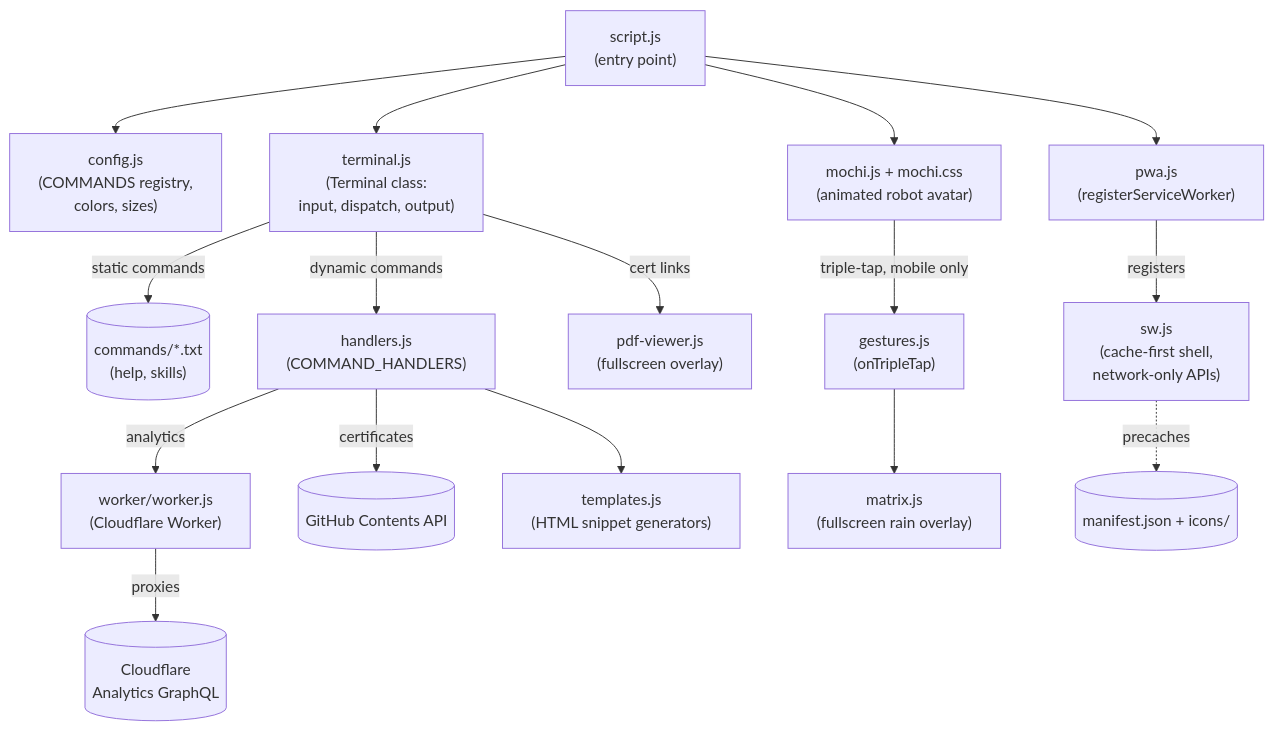
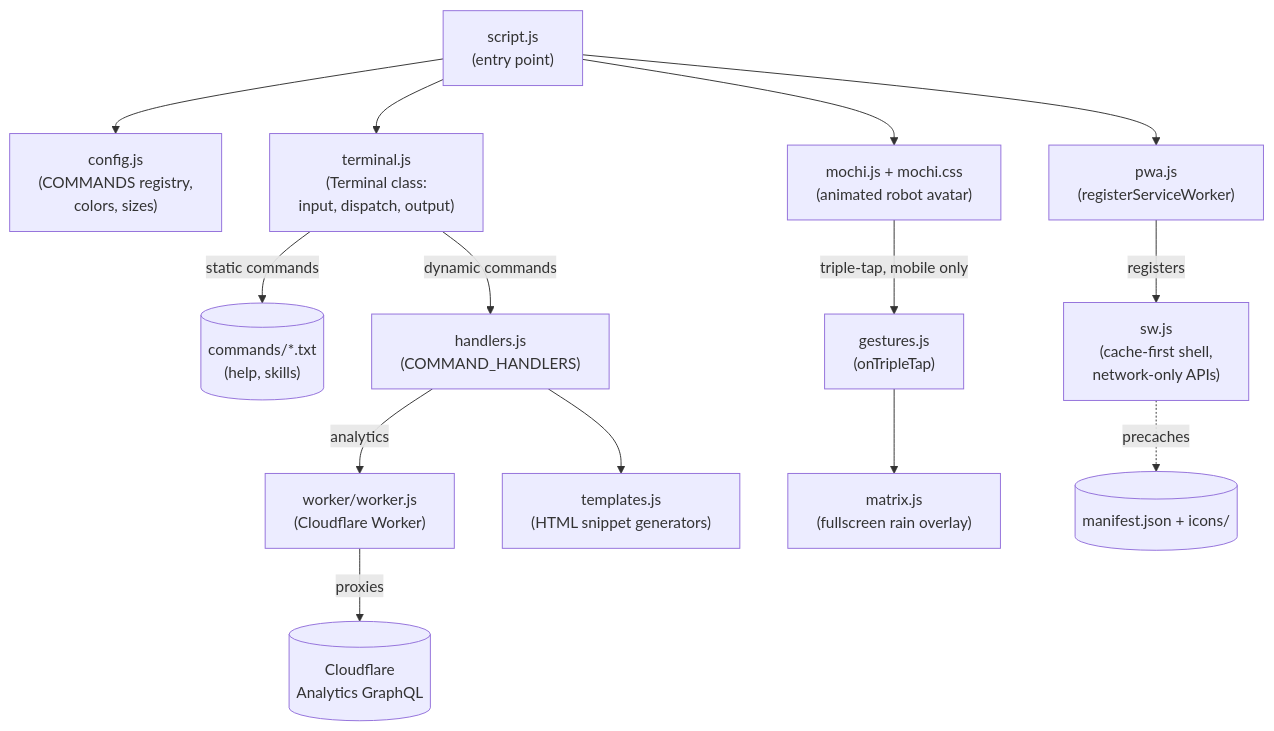
The diagram in README.md (oleksiisedun/oleksiisedun.com), drawn with Mermaid before and after one commit. The commit also changed other lines of this file and 11 other files, not shown here.

First line of the commit message:
Remove certificates command and PDF preview overlay

````diff
--- a/README.md
+++ b/README.md
@@ -24,23 +23,21 @@
 ```mermaid
 graph TD
   Entry["script.js\n(entry point)"] --> Config["config.js\n(COMMANDS registry,\ncolors, sizes)"]
   Entry --> Terminal["terminal.js\n(Terminal class:\ninput, dispatch, output)"]
   Entry --> Mochi["mochi.js + mochi.css\n(animated robot avatar)"]
   Entry --> PWA["pwa.js\n(registerServiceWorker)"]
 
   Terminal -->|static commands| StaticFiles[("commands/*.txt\n(help, skills)")]
   Terminal -->|dynamic commands| Handlers["handlers.js\n(COMMAND_HANDLERS)"]
-  Terminal -->|cert links| PDFViewer["pdf-viewer.js\n(fullscreen overlay)"]
 
   Mochi -->|triple-tap, mobile only| Gestures["gestures.js\n(onTripleTap)"]
   Gestures --> Matrix["matrix.js\n(fullscreen rain overlay)"]
 
   Handlers -->|analytics| Worker["worker/worker.js\n(Cloudflare Worker)"]
-  Handlers -->|certificates| GitHubAPI[("GitHub Contents API")]
   Worker -->|proxies| CFAnalytics[("Cloudflare\nAnalytics GraphQL")]
 
   Handlers --> Templates["templates.js\n(HTML snippet generators)"]
 
   PWA -->|registers| SW["sw.js\n(cache-first shell,\nnetwork-only APIs)"]
   SW -.->|precaches| Manifest[("manifest.json + icons/")]
 ```
````
